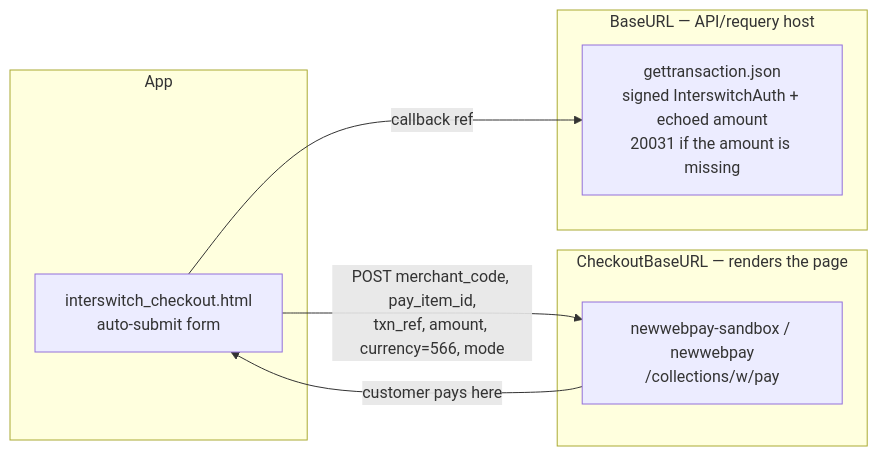
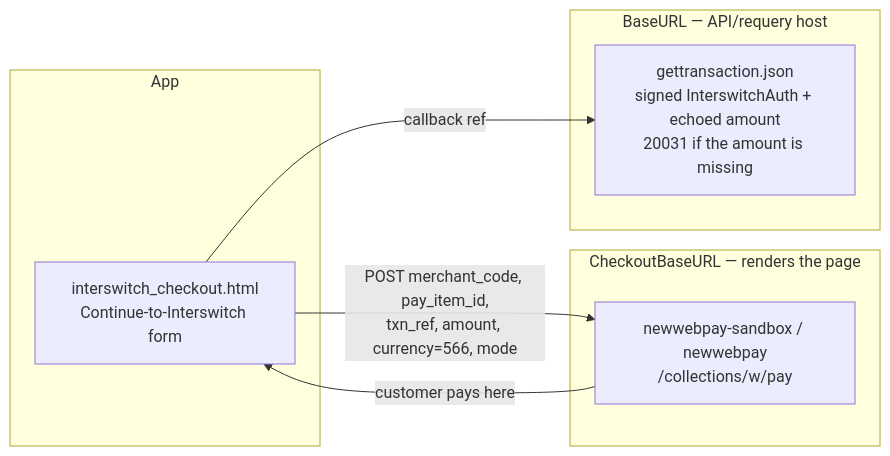
One commit to ekearua/easymoney changed the fourth of 6 diagrams in XEGO_PAYMENT_DIAGRAMS.md. Above: the diagram before and after it, drawn with Mermaid. The commit also changed other lines of this file and 11 other files, not shown here.

````diff
--- a/XEGO_PAYMENT_DIAGRAMS.md
+++ b/XEGO_PAYMENT_DIAGRAMS.md
@@ -182,16 +182,16 @@
 ```mermaid
 flowchart LR
     subgraph App
-        T[interswitch_checkout.html<br/>auto-submit form]
+        T[interswitch_checkout.html<br/>Continue-to-Interswitch form]
     end
     subgraph CheckoutBaseURL [CheckoutBaseURL — renders the page]
         H[newwebpay-sandbox / newwebpay<br/>/collections/w/pay]
     end
     subgraph BaseURL [BaseURL — API/requery host]
         RQ[gettransaction.json<br/>signed InterswitchAuth + echoed amount<br/>20031 if the amount is missing]
     end
 
     T -- POST merchant_code, pay_item_id,<br/>txn_ref, amount, currency=566, mode --> H
     H -- customer pays here --> T
     T -- callback ref --> RQ
 ```
````
